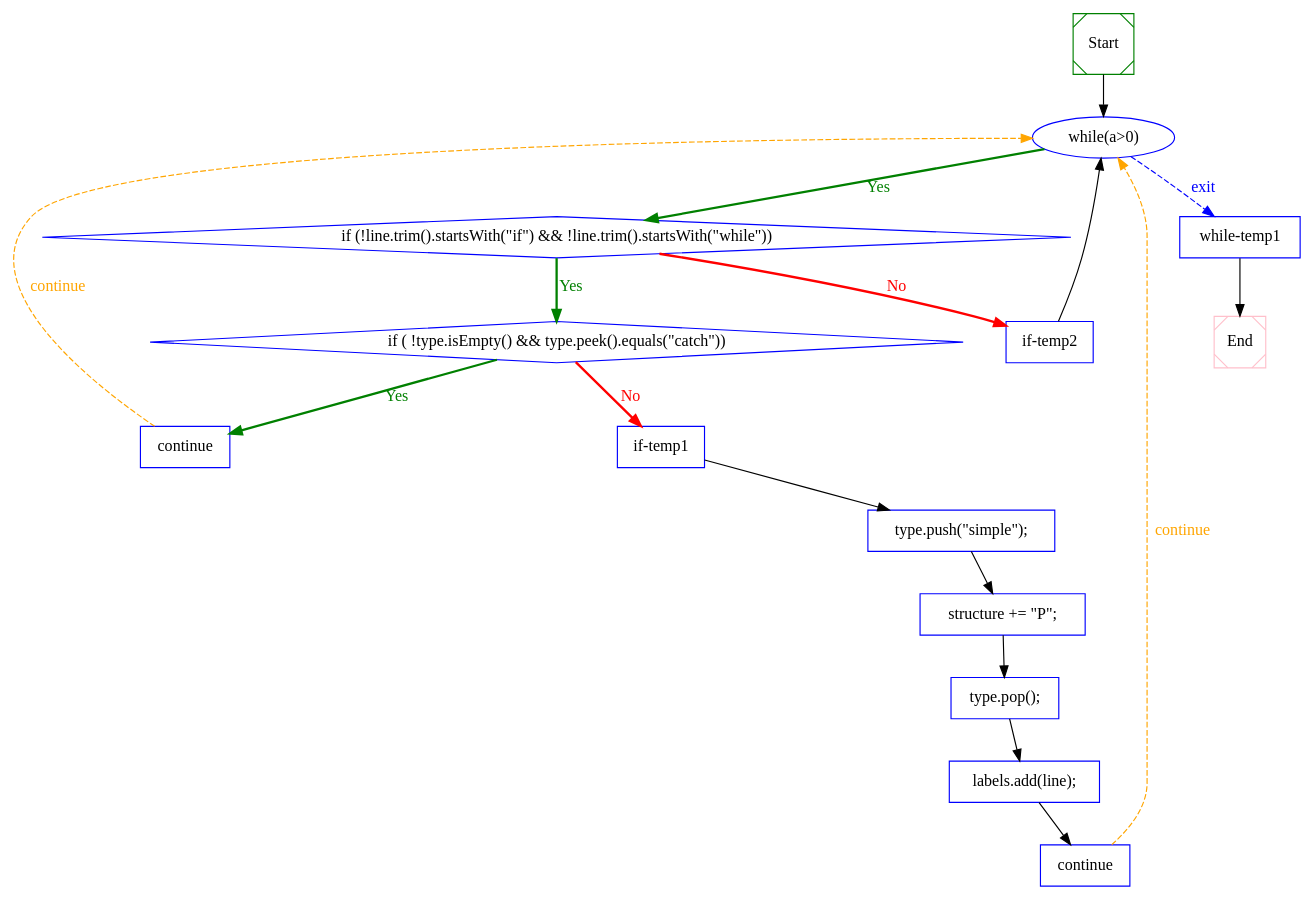
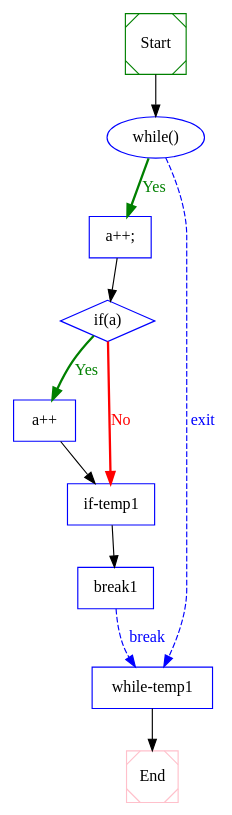
Before and after one commit to Naplues/Static-Analysis: the diagram in out/test.dot, drawn with Graphviz. The commit also changed 4 other files, not shown here.

```diff
--- a/out/test.dot
+++ b/out/test.dot
@@ -1,46 +1,30 @@
 digraph CFG {
  1  [shape = Msquare, color = green, label = "Start", ]
- 2  [shape = ellipse, color = blue, label = "while(a>0)", ]
- 3  [shape = diamond, color = blue, label = "if (!line.trim().startsWith(\"if\") && !line.trim().startsWith(\"while\"))", ]
- 4  [shape = diamond, color = blue, label = "if ( !type.isEmpty() && type.peek().equals(\"catch\"))", ]
- 5  [shape = box, color = blue, label = "continue", ]
+ 2  [shape = ellipse, color = blue, label = "while()", ]
+ 3  [shape = box, color = blue, label = "a++;", ]
+ 4  [shape = diamond, color = blue, label = "if(a)", ]
+ 5  [shape = box, color = blue, label = "a++", ]
  6  [shape = box, color = blue, label = "if-temp1", ]
- 7  [shape = box, color = blue, label = "type.push(\"simple\");", ]
- 8  [shape = box, color = blue, label = "structure += \"P\";", ]
- 9  [shape = box, color = blue, label = "type.pop();", ]
- 10  [shape = box, color = blue, label = "labels.add(line);", ]
- 11  [shape = box, color = blue, label = "continue", ]
- 12  [shape = box, color = blue, label = "if-temp2", ]
- 13  [shape = box, color = blue, label = "while-temp1", ]
- 14  [shape = Msquare, color = pink, label = "End", ]
+ 7  [shape = box, color = blue, label = "break1", ]
+ 8  [shape = box, color = blue, label = "while-temp1", ]
+ 9  [shape = Msquare, color = pink, label = "End", ]
  1  ->  2  [style = solid, label="", fillcolor = black, color = black, fontcolor = black]
 
- 2  ->  13  [style = dashed, label="exit", fillcolor = blue, color = blue, fontcolor = blue]
+ 2  ->  8  [style = dashed, label="exit", fillcolor = blue, color = blue, fontcolor = blue]
  2  ->  3  [style = bold, label="Yes", fillcolor = green, color = green, fontcolor = green]
 
- 3  ->  12  [style = bold, label="No", fillcolor = red, color = red, fontcolor = red]
- 3  ->  4  [style = bold, label="Yes", fillcolor = green, color = green, fontcolor = green]
+ 3  ->  4  [style = solid, label="", fillcolor = black, color = black, fontcolor = black]
 
  4  ->  6  [style = bold, label="No", fillcolor = red, color = red, fontcolor = red]
  4  ->  5  [style = bold, label="Yes", fillcolor = green, color = green, fontcolor = green]
 
- 5  ->  2  [style = dashed, label="continue", fillcolor = orange, color = orange, fontcolor = orange]
+ 5  ->  6  [style = solid, label="", fillcolor = black, color = black, fontcolor = black]
 
  6  ->  7  [style = solid, label="", fillcolor = black, color = black, fontcolor = black]
 
- 7  ->  8  [style = solid, label="", fillcolor = black, color = black, fontcolor = black]
+ 7  ->  8  [style = dashed, label="break", fillcolor = blue, color = blue, fontcolor = blue]
 
  8  ->  9  [style = solid, label="", fillcolor = black, color = black, fontcolor = black]
 
- 9  ->  10  [style = solid, label="", fillcolor = black, color = black, fontcolor = black]
-
- 10  ->  11  [style = solid, label="", fillcolor = black, color = black, fontcolor = black]
-
- 11  ->  2  [style = dashed, label="continue", fillcolor = orange, color = orange, fontcolor = orange]
-
- 12  ->  2  [style = solid, label="", fillcolor = black, color = black, fontcolor = black]
-
- 13  ->  14  [style = solid, label="", fillcolor = black, color = black, fontcolor = black]
-
 
 }
```
